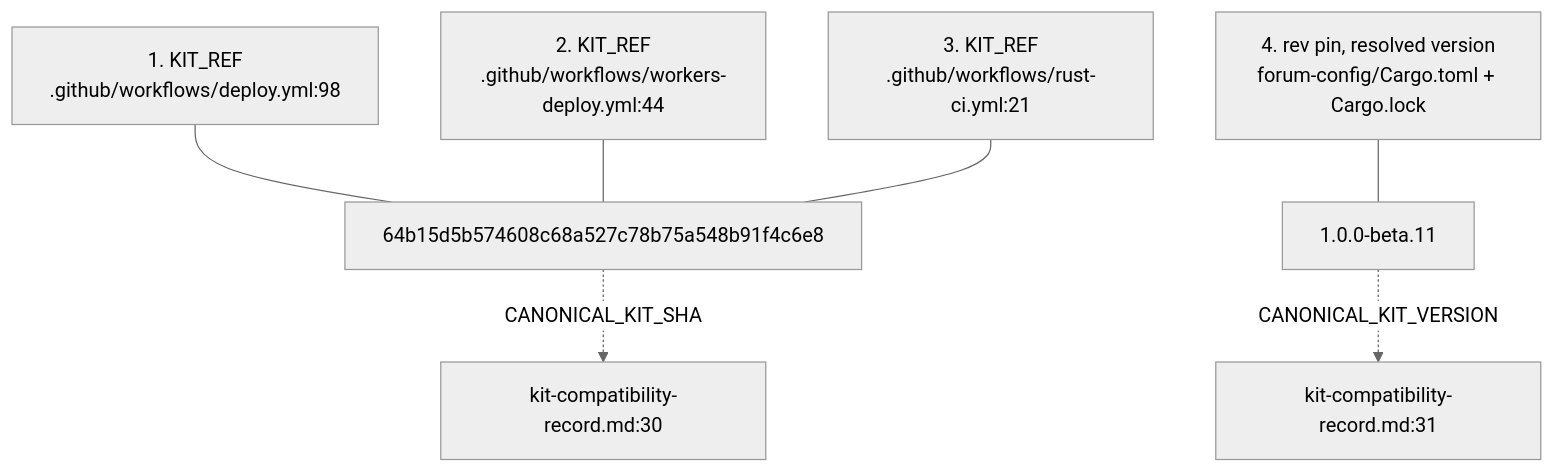
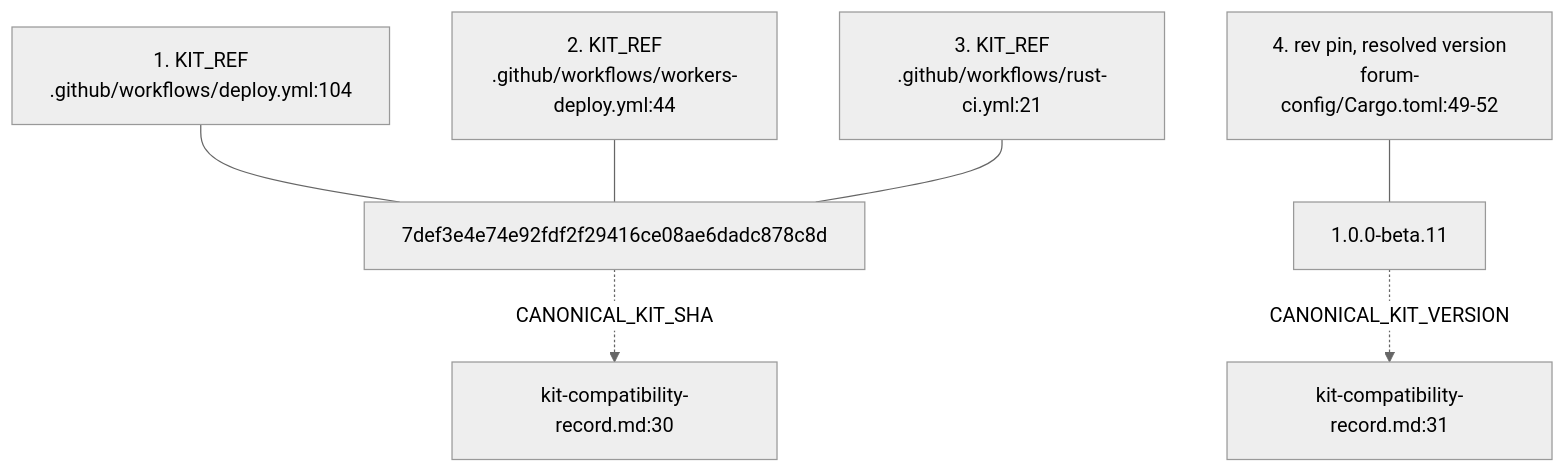
Before and after one commit to DreamLab-AI/VisionFlow: the fourth of 7 diagrams in docs/diagrams/dreamlab-ai-website/01-repo-composition-and-deploy-topology.md, drawn with Mermaid (neutral theme). The commit also changed other lines of this file and 136 other files, not shown here.

First line of the commit message:
docs(diagrams): refresh the whole corpus to code HEAD and prune low-value diagrams

````diff
--- a/docs/diagrams/dreamlab-ai-website/01-repo-composition-and-deploy-topology.md
+++ b/docs/diagrams/dreamlab-ai-website/01-repo-composition-and-deploy-topology.md
@@ -75,9 +63,9 @@
 ```mermaid
 flowchart TB
-    A["1. KIT_REF<br/>.github/workflows/deploy.yml:98"] --- SHA["64b15d5b574608c68a527c78b75a548b91f4c6e8"]
+    A["1. KIT_REF<br/>.github/workflows/deploy.yml:104"] --- SHA["7def3e4e74e92fdf2f29416ce08ae6dadc878c8d"]
     B["2. KIT_REF<br/>.github/workflows/workers-deploy.yml:44"] --- SHA
     C["3. KIT_REF<br/>.github/workflows/rust-ci.yml:21"] --- SHA
-    D["4. rev pin, resolved version<br/>forum-config/Cargo.toml + Cargo.lock"] --- VER["1.0.0-beta.11"]
+    D["4. rev pin, resolved version<br/>forum-config/Cargo.toml:49-52"] --- VER["1.0.0-beta.11"]
     SHA -.->|"CANONICAL_KIT_SHA"| REC["kit-compatibility-record.md:30"]
     VER -.->|"CANONICAL_KIT_VERSION"| REC2["kit-compatibility-record.md:31"]
 ```
````
